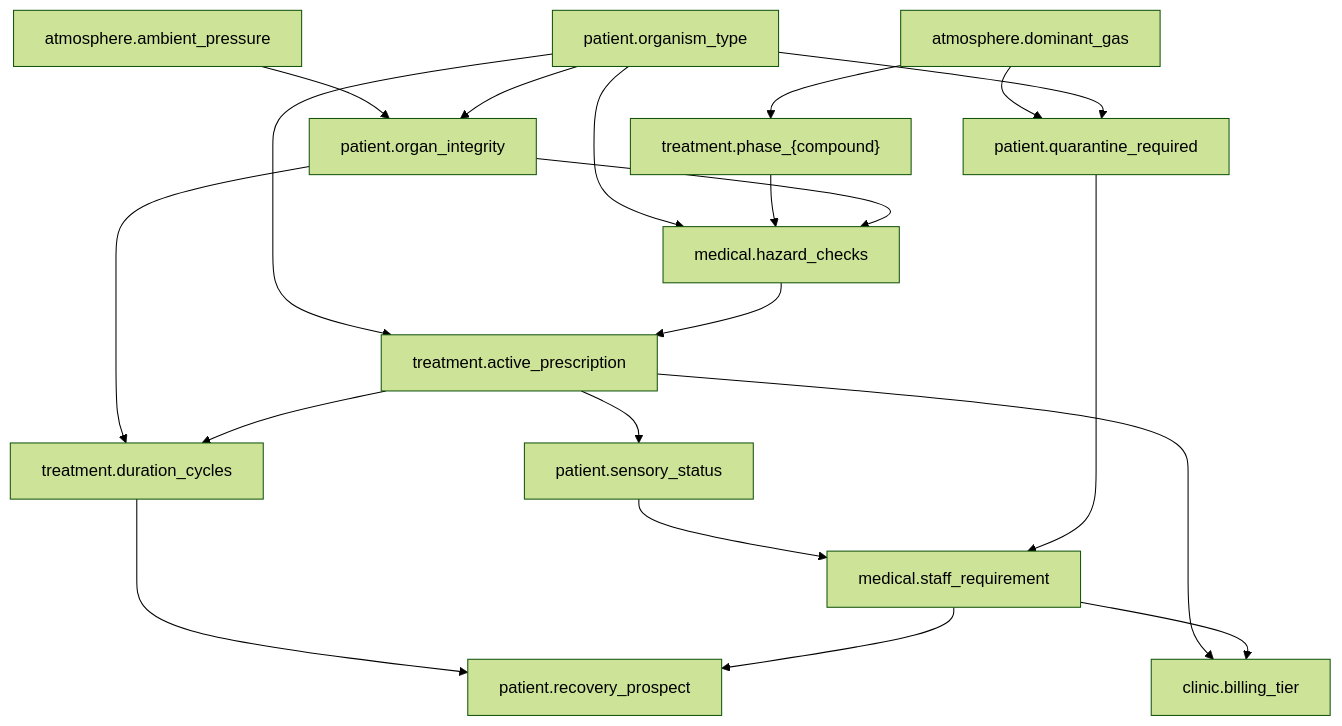
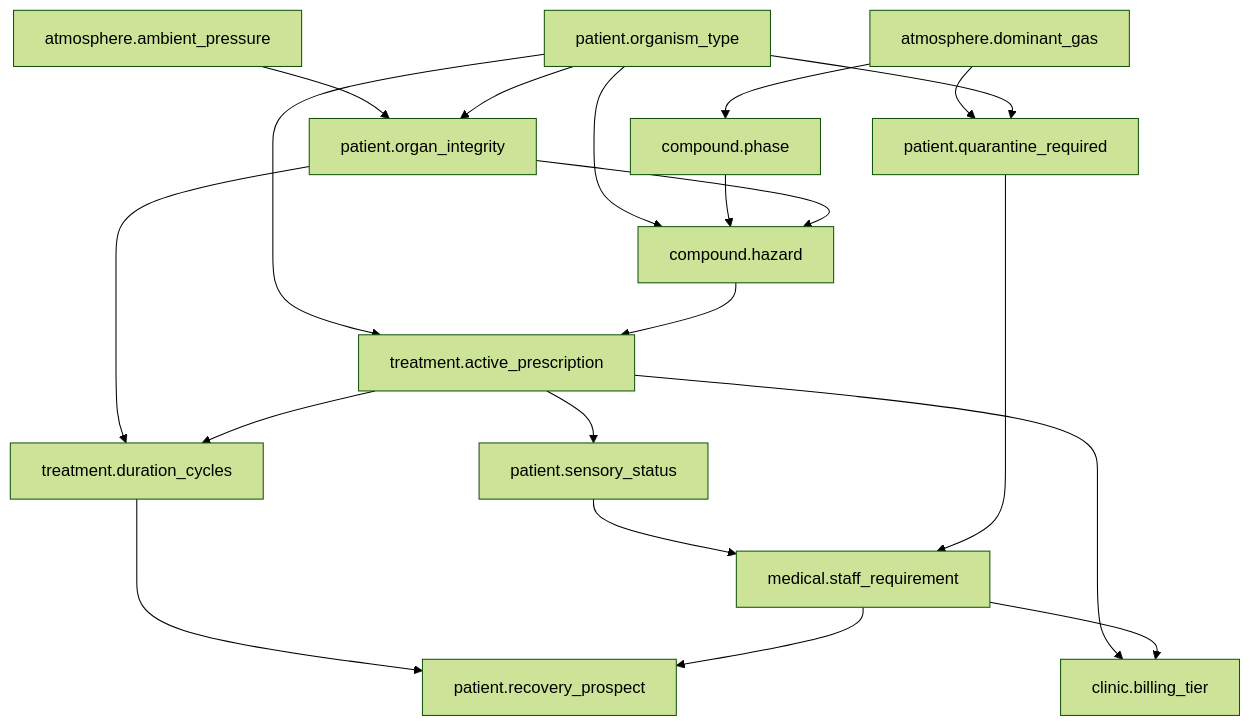
One commit to sultann-301/Belief-Aware-LLMs changed the second of 2 diagrams in domains.md. Above: the diagram before and after it, drawn with Mermaid (forest theme). The commit also changed other lines of this file, not shown here.

````diff
--- a/domains.md
+++ b/domains.md
@@ -311,33 +310,33 @@
 ```mermaid
 graph TD
     %% Atmospheric Drivers
-    Atmos_Gas["atmosphere.dominant_gas"] --> Phase["treatment.phase_{compound}"]
+    Atmos_Gas["atmosphere.dominant_gas"] --> Phase["compound.phase"]
     Atmos_Gas --> Quar["patient.quarantine_required"]
     Atmos_Press["atmosphere.ambient_pressure"] --> Integrity["patient.organ_integrity"]
 
     %% Biological Inputs
     Species["patient.organism_type"] --> Integrity
     Species --> Quar
-    Species --> Hazards["medical.hazard_checks"]
+    Species --> Hazards["compound.hazard"]
 
     %% Treatment Inputs
     Phase --> Hazards
     Integrity --> Hazards
     Integrity --> Dur["treatment.duration_cycles"]
 
     %% Selection & Cascades
     Species --> Selection["treatment.active_prescription"]
     Hazards --> Selection
     Selection --> SideEffect["patient.sensory_status"]
     Selection --> Dur
 
     %% Late Stage derivations
     SideEffect --> Staff["medical.staff_requirement"]
     Quar --> Staff
     
     Dur --> Recov["patient.recovery_prospect"]
     Staff --> Recov
     
     Selection --> Bill["clinic.billing_tier"]
     Staff --> Bill
 ```
````
